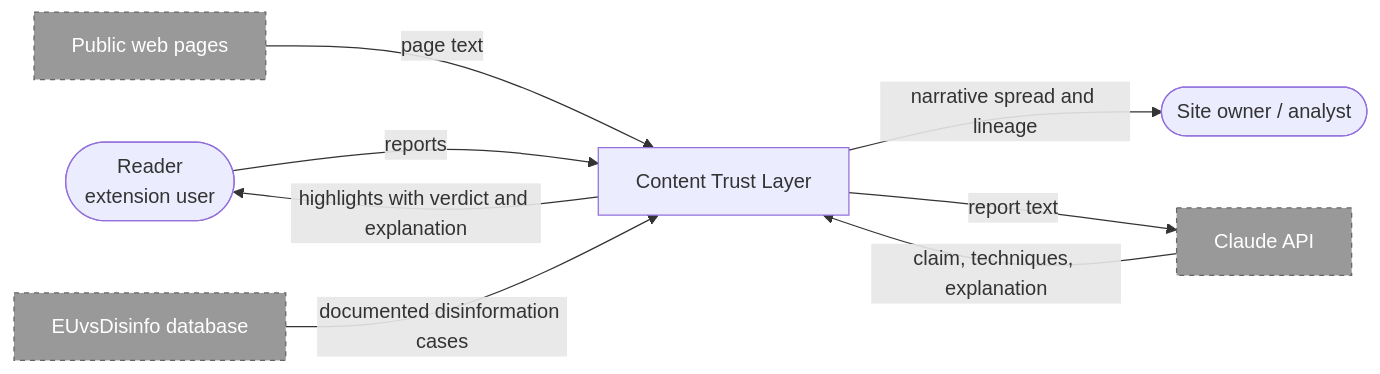
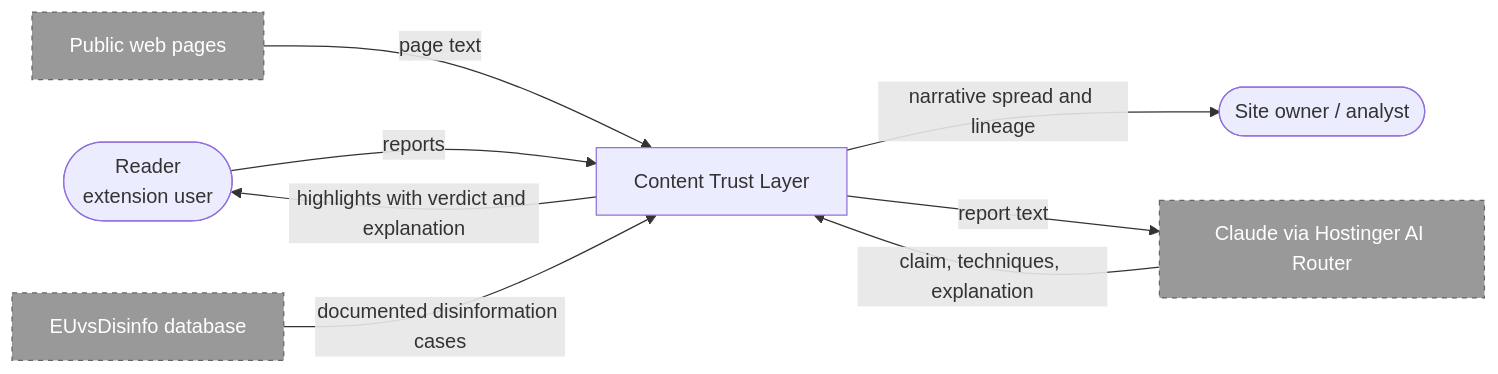
The first of 4 diagrams in docs/components.md (nlinnanen/konklaavi), drawn with Mermaid before and after one commit. The commit also changed other lines of this file and 1 other file, not shown here.

First line of the commit message:
docs: decide TimescaleDB storage and Hostinger deployment

````diff
--- a/docs/components.md
+++ b/docs/components.md
@@ -7,20 +7,20 @@
 ```mermaid
 flowchart LR
   Reader(["Reader<br/>extension user"])
   Owner(["Site owner / analyst"])
   Sys["Content Trust Layer"]
   Web["Public web pages"]
   EU["EUvsDisinfo database"]
-  Claude["Claude API"]
+  Claude["Claude via Hostinger AI Router"]
 
   Reader -->|reports| Sys
   Sys -->|highlights with verdict and explanation| Reader
   Sys -->|narrative spread and lineage| Owner
   Web -->|page text| Sys
   EU -->|documented disinformation cases| Sys
   Sys -->|report text| Claude
   Claude -->|claim, techniques, explanation| Sys
 
   classDef ext fill:#999,stroke:#666,stroke-dasharray:4,color:#fff
   class Web,EU,Claude ext
 ```
````
